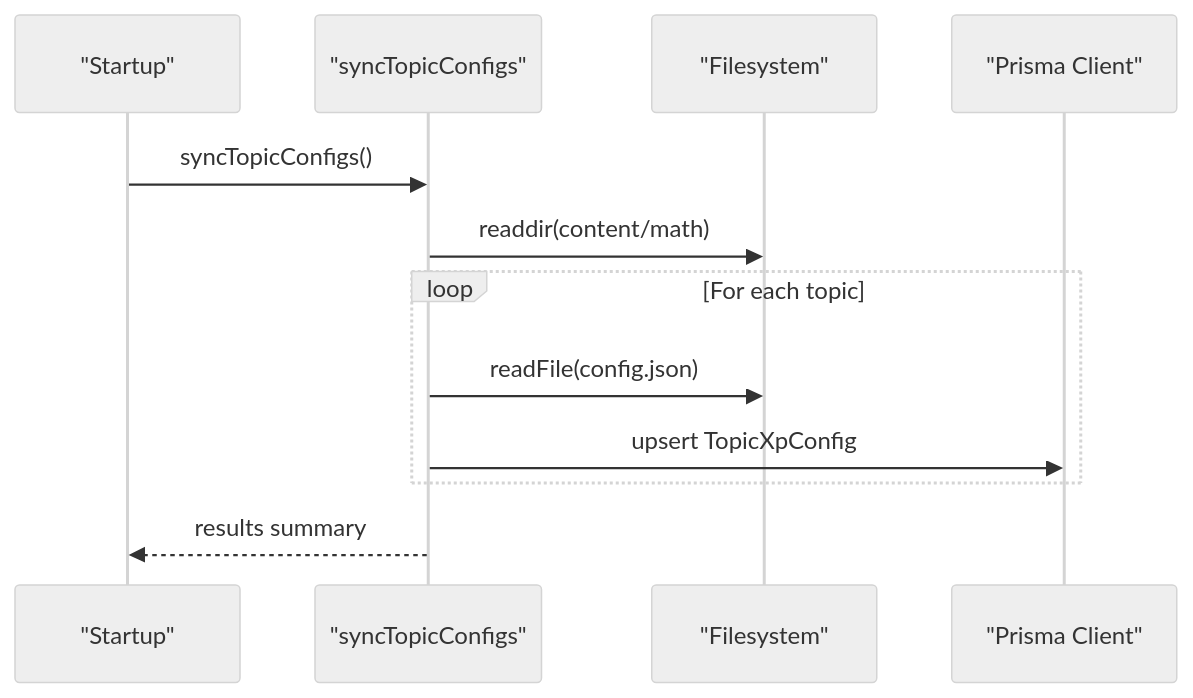
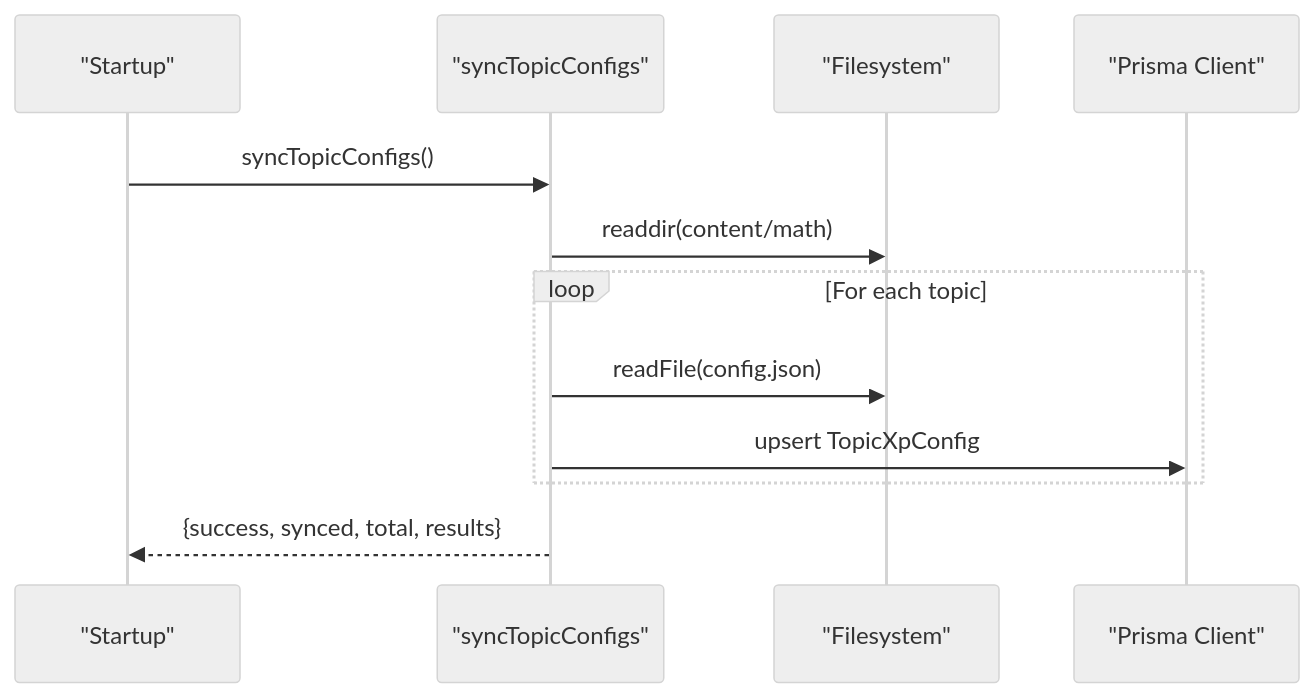
Before and after one commit to AlexKutz/math-app-next-js: the sixth of 7 diagrams in .qoder/repowiki/en/content/Database Design.md, drawn with Mermaid (neutral theme). The commit also changed other lines of this file and 125 other files, not shown here.

````diff
--- a/.qoder/repowiki/en/content/Database Design.md
+++ b/.qoder/repowiki/en/content/Database Design.md
@@ -319,14 +386,14 @@
 ```mermaid
 sequenceDiagram
 participant Boot as "Startup"
 participant Sync as "syncTopicConfigs"
 participant FS as "Filesystem"
 participant DB as "Prisma Client"
 Boot->>Sync : syncTopicConfigs()
 Sync->>FS : readdir(content/math)
 loop For each topic
 Sync->>FS : readFile(config.json)
 Sync->>DB : upsert TopicXpConfig
 end
-Sync-->>Boot : results summary
+Sync-->>Boot : {success, synced, total, results}
 ```
````
